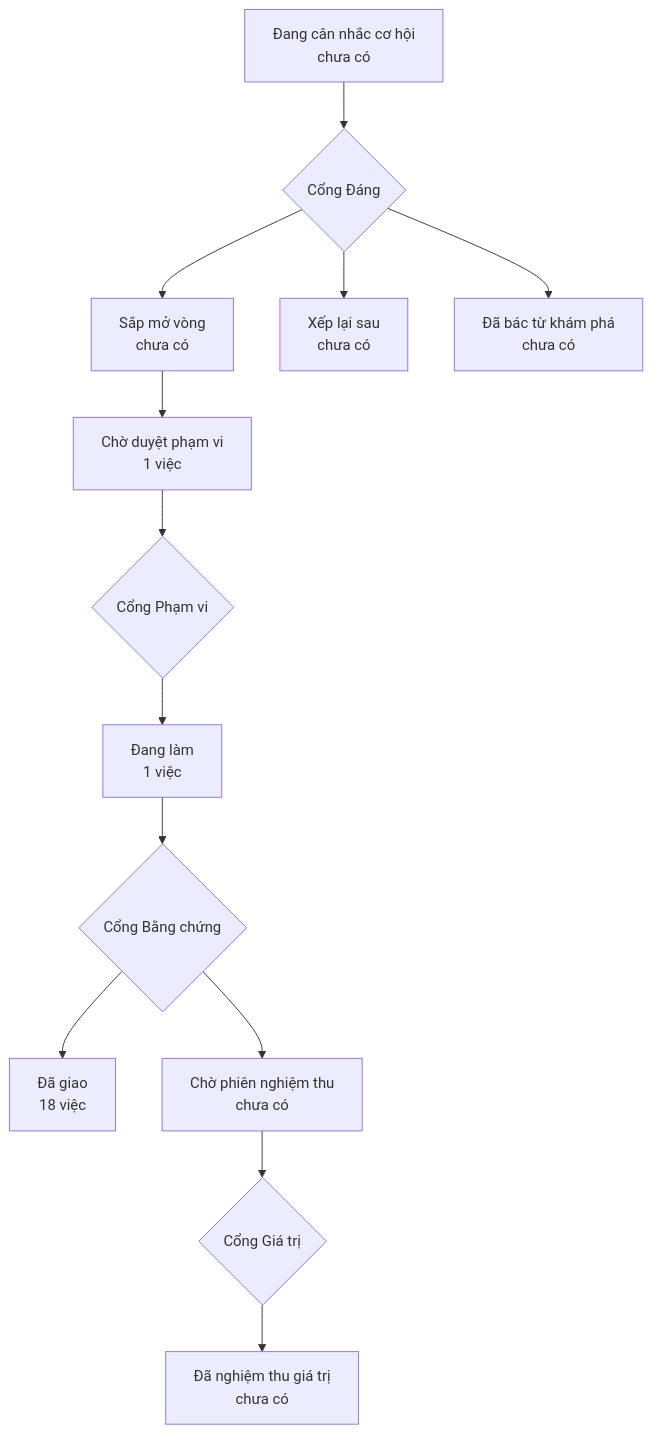
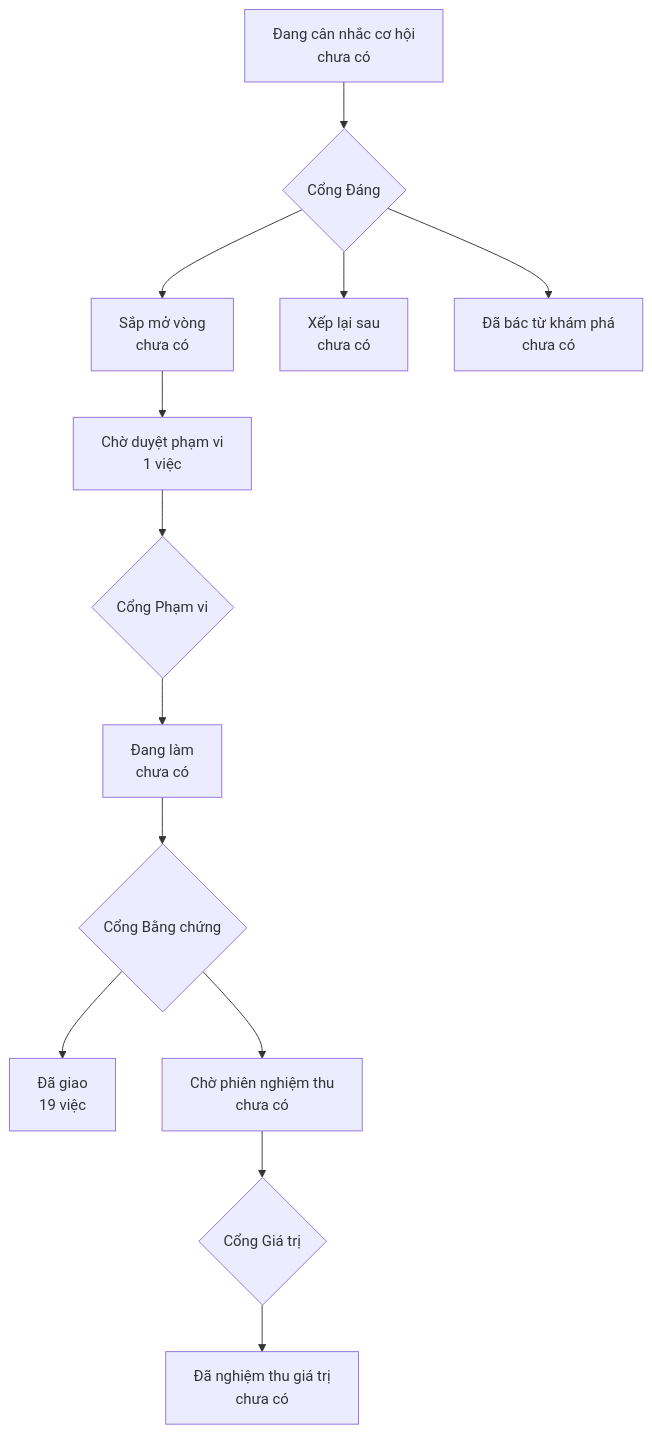
Before and after one commit to phanlemanh/acceptance-gate-kit: the diagram in PRODUCT-MAP.md, drawn with Mermaid. The commit also changed other lines of this file and 3 other files, not shown here.

````diff
--- a/PRODUCT-MAP.md
+++ b/PRODUCT-MAP.md
@@ -6,12 +6,12 @@
 ```mermaid
 flowchart TD
   A["Đang cân nhắc cơ hội<br/>chưa có"] --> GD{"Cổng Đáng"}
   GD --> B["Sắp mở vòng<br/>chưa có"]
   GD --> XL["Xếp lại sau<br/>chưa có"]
   GD --> DB["Đã bác từ khám phá<br/>chưa có"]
   B --> CD["Chờ duyệt phạm vi<br/>1 việc"] --> GP{"Cổng Phạm vi"}
-  GP --> DL["Đang làm<br/>1 việc"] --> GB{"Cổng Bằng chứng"}
-  GB --> DG["Đã giao<br/>18 việc"]
+  GP --> DL["Đang làm<br/>chưa có"] --> GB{"Cổng Bằng chứng"}
+  GB --> DG["Đã giao<br/>19 việc"]
   GB --> CN["Chờ phiên nghiệm thu<br/>chưa có"] --> GG{"Cổng Giá trị"}
   GG --> NT["Đã nghiệm thu giá trị<br/>chưa có"]
 ```
````
